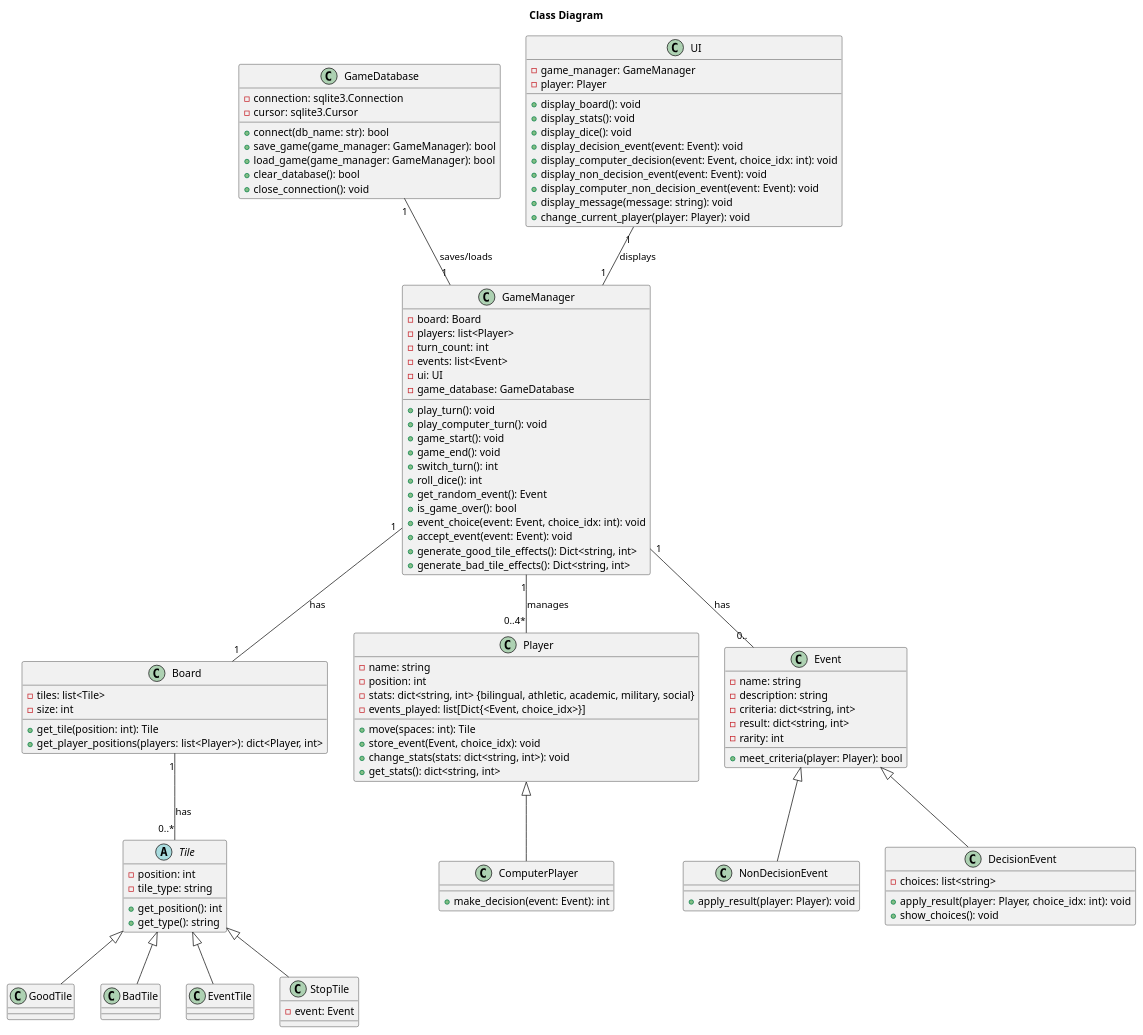
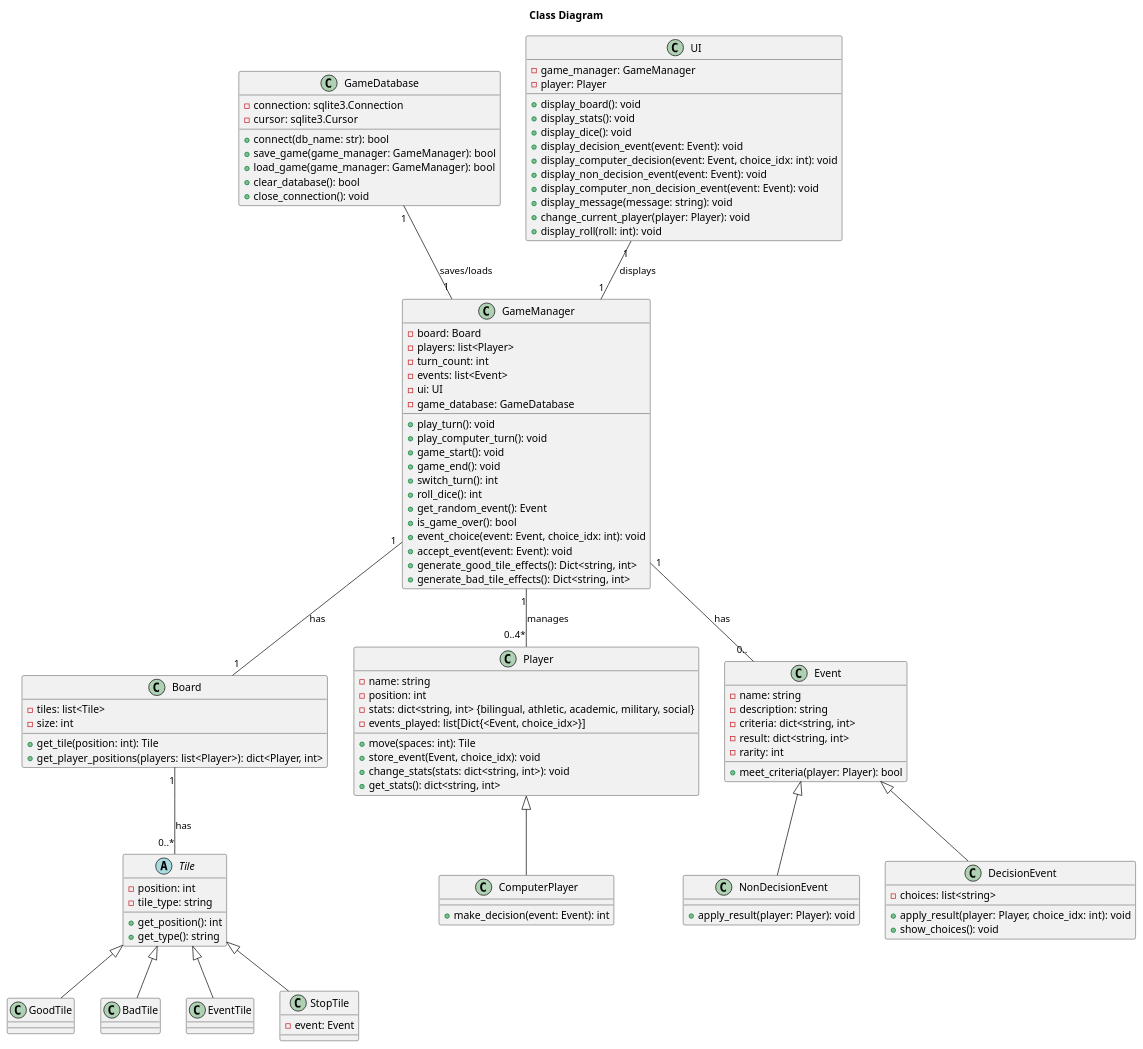
The diagram in diagrams/class_diagram.puml (CSE-362-2025/BoardGameProject), drawn with PlantUML before and after one commit. The commit also changed 8 other files, not shown here.

Commit message:
starting logic and minor fixes to uml

```diff
--- a/diagrams/class_diagram.puml
+++ b/diagrams/class_diagram.puml
@@ -1,151 +1,152 @@
 @startuml class_diagram
 title "Class Diagram"
 ' skinparam shadowing false
 ' skinparam classAttributeIconSize 0
 
 class GameDatabase {
     
     - connection: sqlite3.Connection
     - cursor: sqlite3.Cursor
 
     + connect(db_name: str): bool
     + save_game(game_manager: GameManager): bool
     + load_game(game_manager: GameManager): bool
     + clear_database(): bool
     + close_connection(): void
 
 }
 
 class Board {
 
     - tiles: list<Tile>
     - size: int
 
     + get_tile(position: int): Tile
     + get_player_positions(players: list<Player>): dict<Player, int>
 }
 
 abstract class Tile {
 
     - position: int
     - tile_type: string
 
     + get_position(): int
     + get_type(): string
 }
 
 class GoodTile {
 }
 
 class BadTile {
 }
 
 class EventTile {
 }
 
 class StopTile {
     - event: Event
 
 }
 
 class Player {
 
     - name: string
     - position: int
     - stats: dict<string, int> {bilingual, athletic, academic, military, social}
     - events_played: list[Dict{<Event, choice_idx>}]
 
     + move(spaces: int): Tile
     + store_event(Event, choice_idx): void
     + change_stats(stats: dict<string, int>): void
     + get_stats(): dict<string, int>
 
 }
 
 class ComputerPlayer {
 
     + make_decision(event: Event): int
 }
 
 class Event {
 
     - name: string
     - description: string
     - criteria: dict<string, int>
     - result: dict<string, int>
     - rarity: int
 
     + meet_criteria(player: Player): bool
 }
 
 class NonDecisionEvent {
 
     + apply_result(player: Player): void
 }
 
 class DecisionEvent {
     - choices: list<string>
 
     + apply_result(player: Player, choice_idx: int): void
     + show_choices(): void
 }
 
 
 class GameManager {
 
     - board: Board
     - players: list<Player>
     - turn_count: int
     - events: list<Event>
     - ui: UI
     - game_database: GameDatabase
 
     + play_turn(): void
     + play_computer_turn(): void
     + game_start(): void
     + game_end(): void
     + switch_turn(): int
     + roll_dice(): int
     + get_random_event(): Event
     + is_game_over(): bool
     + event_choice(event: Event, choice_idx: int): void
     + accept_event(event: Event): void
     + generate_good_tile_effects(): Dict<string, int>
     + generate_bad_tile_effects(): Dict<string, int>
 }
 
 class UI {
 
     - game_manager: GameManager
     - player: Player
 
     + display_board(): void
     + display_stats(): void
     + display_dice(): void
     + display_decision_event(event: Event): void
     + display_computer_decision(event: Event, choice_idx: int): void
     + display_non_decision_event(event: Event): void
     + display_computer_non_decision_event(event: Event): void
     + display_message(message: string): void
     + change_current_player(player: Player): void
+    + display_roll(roll: int): void
 }
 
 
 ' Relationships
 
 Board "1" -- "0..*" Tile : "has"
 GameDatabase "1" -- "1" GameManager : "saves/loads"
 GameManager "1" -- "0..4*" Player : "manages"
 GameManager "1" -- "1" Board : "has"
 GameManager "1" -- "0.." Event : "has"
 UI "1" -- "1" GameManager : "displays"
 Tile <|-- GoodTile
 Tile <|-- BadTile
 Tile <|-- EventTile
 Tile <|-- StopTile
 Event <|-- NonDecisionEvent
 Event <|-- DecisionEvent
 Player <|-- ComputerPlayer
 
 
 @enduml
```
